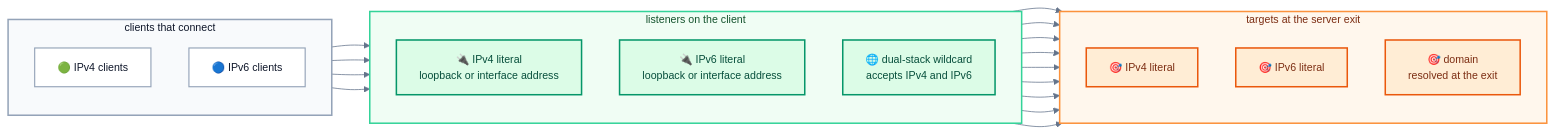
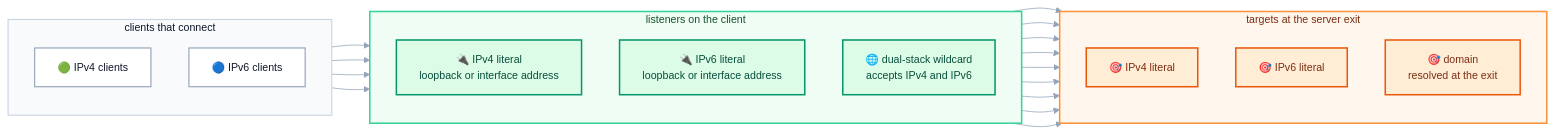
The fifth of 31 diagrams in README.md (Terutoki/MyQUIC2), drawn with Mermaid before and after one commit. The commit also changed other lines of this file and 14 other files, not shown here.

First line of the commit message:
docs(readme): remove static art and redraw Mermaid atlas

````diff
--- a/README.md
+++ b/README.md
@@ -766,43 +768,45 @@
 ```mermaid
-%%{init: {"theme":"base","themeVariables":{"fontSize":"14px","lineColor":"#64748b"}}}%%
+%%{init: {"theme":"base","themeVariables":{"fontSize":"14px","lineColor":"#94a3b8","textColor":"#0f172a","edgeLabelBackground":"#f8fafc"}}}%%
 flowchart LR
+    accTitle: IPv4 and IPv6 on both sides of the tunnel
+    accDescr: Any client address family can reach any target address family, including domain targets resolved at the exit.
     subgraph CLIENTS["clients that connect"]
         direction TB
         C4["🟢 IPv4 clients"]
         C6["🔵 IPv6 clients"]
     end
     subgraph LISTENERS["listeners on the client"]
         direction TB
         L4["🔌 IPv4 literal<br/>loopback or interface address"]
         L6["🔌 IPv6 literal<br/>loopback or interface address"]
         LW["🌐 dual-stack wildcard<br/>accepts IPv4 and IPv6"]
     end
     subgraph TARGETS["targets at the server exit"]
         direction TB
         T4["🎯 IPv4 literal"]
         T6["🎯 IPv6 literal"]
         TD["🎯 domain<br/>resolved at the exit"]
     end
     C4 --> L4
     C4 --> LW
     C6 --> L6
     C6 --> LW
     L4 --> T4
     L4 --> T6
     L4 --> TD
     L6 --> T4
     L6 --> T6
     L6 --> TD
     LW --> T4
     LW --> T6
     LW --> TD
-    style CLIENTS fill:#f8fafc,stroke:#94a3b8,stroke-width:2px,color:#0f172a
+    style CLIENTS fill:#f8fafc,stroke:#cbd5e1,stroke-width:1.5px,color:#0f172a
     style LISTENERS fill:#f0fdf4,stroke:#34d399,stroke-width:2px,color:#14532d
     style TARGETS fill:#fff7ed,stroke:#fb923c,stroke-width:2px,color:#7c2d12
-    classDef clientC fill:#ffffff,stroke:#94a3b8,stroke-width:1.5px,color:#0f172a
-    classDef listenC fill:#dcfce7,stroke:#059669,stroke-width:2px,color:#064e3b
-    classDef targetC fill:#ffedd5,stroke:#ea580c,stroke-width:2px,color:#7c2d12
-    class C4,C6 clientC
-    class L4,L6,LW listenC
-    class T4,T6,TD targetC
+    classDef app fill:#ffffff,stroke:#94a3b8,stroke-width:1.5px,color:#0f172a
+    classDef edge fill:#dcfce7,stroke:#059669,stroke-width:2px,color:#064e3b
+    classDef exit fill:#ffedd5,stroke:#ea580c,stroke-width:2px,color:#7c2d12
+    class C4,C6 app
+    class L4,L6,LW edge
+    class T4,T6,TD exit
 ```
````
